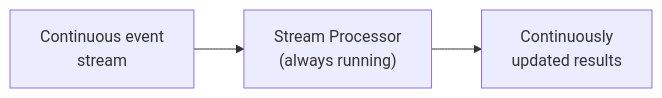
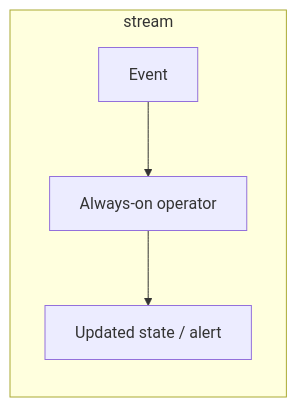
The second of 2 diagrams in docs/foundations/batch-vs-stream.md (sanketn26/data-engineering), drawn with Mermaid before and after one commit. The commit also changed other lines of this file and 107 other files, not shown here.

````diff
--- a/docs/foundations/batch-vs-stream.md
+++ b/docs/foundations/batch-vs-stream.md
@@ -44,4 +62,6 @@
 ```mermaid
 graph LR
-    E["Continuous event\nstream"] --> S["Stream Processor\n(always running)"] --> R["Continuously\nupdated results"]
+    subgraph stream
+        E["Event"] --> S["Always-on operator"] --> O["Updated state / alert"]
+    end
 ```
````
